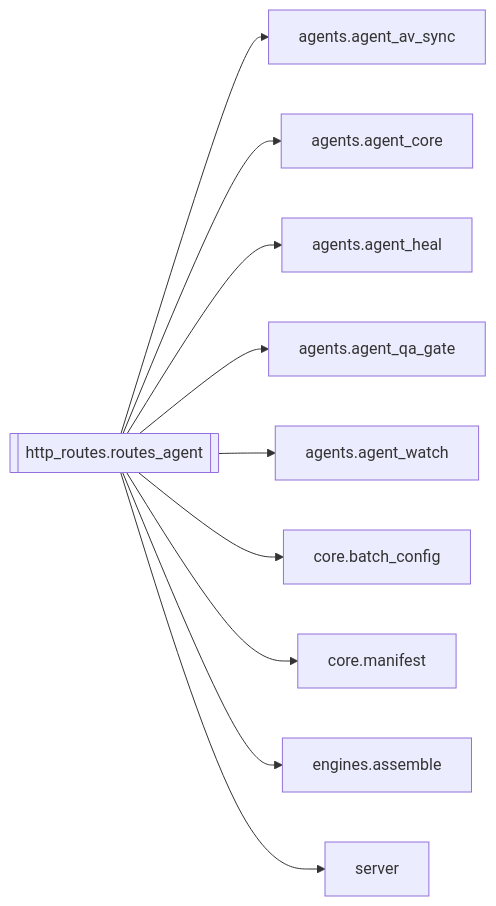
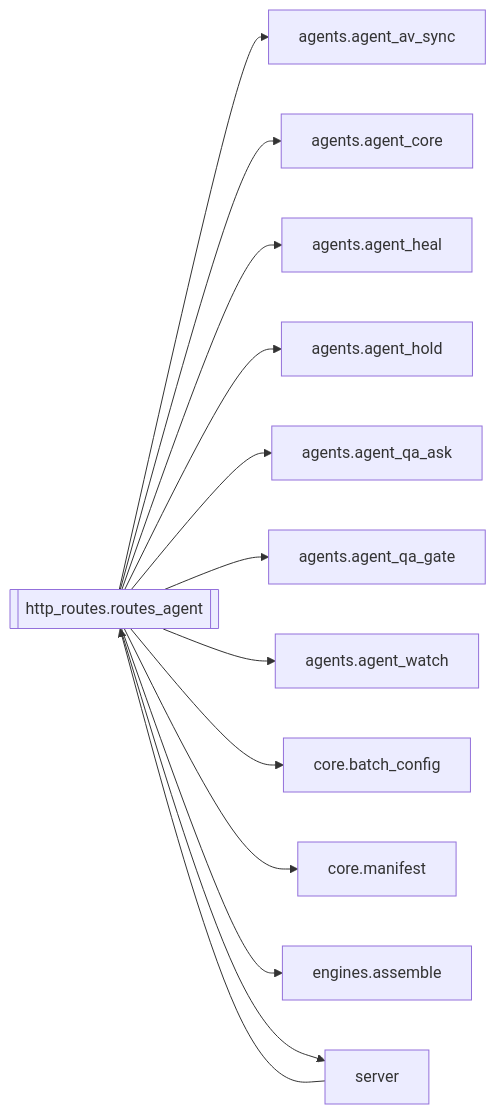
One commit to kjza178/PinelineV5 changed the diagram in docs/brain/modules/http_routes.routes_agent.md. Above: the diagram before and after it, drawn with Mermaid. The commit also changed other lines of this file and 227 other files, not shown here.

````diff
--- a/docs/brain/modules/http_routes.routes_agent.md
+++ b/docs/brain/modules/http_routes.routes_agent.md
@@ -18,13 +18,16 @@
 ```mermaid
 flowchart LR
   http_routes_routes_agent[[http_routes.routes_agent]]
+  server[server] --> http_routes_routes_agent
   http_routes_routes_agent --> agents_agent_av_sync[agents.agent_av_sync]
   http_routes_routes_agent --> agents_agent_core[agents.agent_core]
   http_routes_routes_agent --> agents_agent_heal[agents.agent_heal]
+  http_routes_routes_agent --> agents_agent_hold[agents.agent_hold]
+  http_routes_routes_agent --> agents_agent_qa_ask[agents.agent_qa_ask]
   http_routes_routes_agent --> agents_agent_qa_gate[agents.agent_qa_gate]
   http_routes_routes_agent --> agents_agent_watch[agents.agent_watch]
   http_routes_routes_agent --> core_batch_config[core.batch_config]
   http_routes_routes_agent --> core_manifest[core.manifest]
   http_routes_routes_agent --> engines_assemble[engines.assemble]
   http_routes_routes_agent --> server[server]
 ```
````
